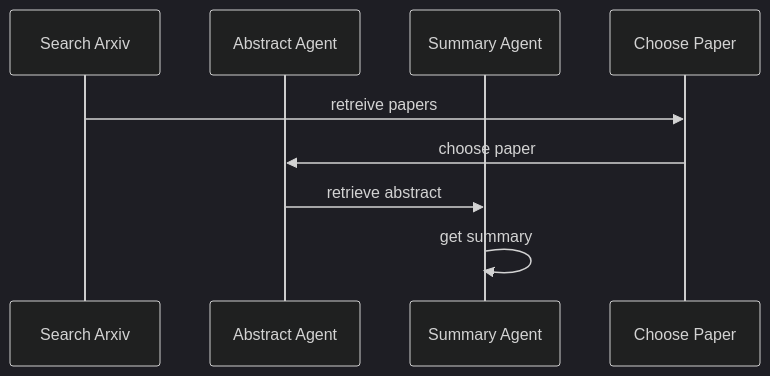
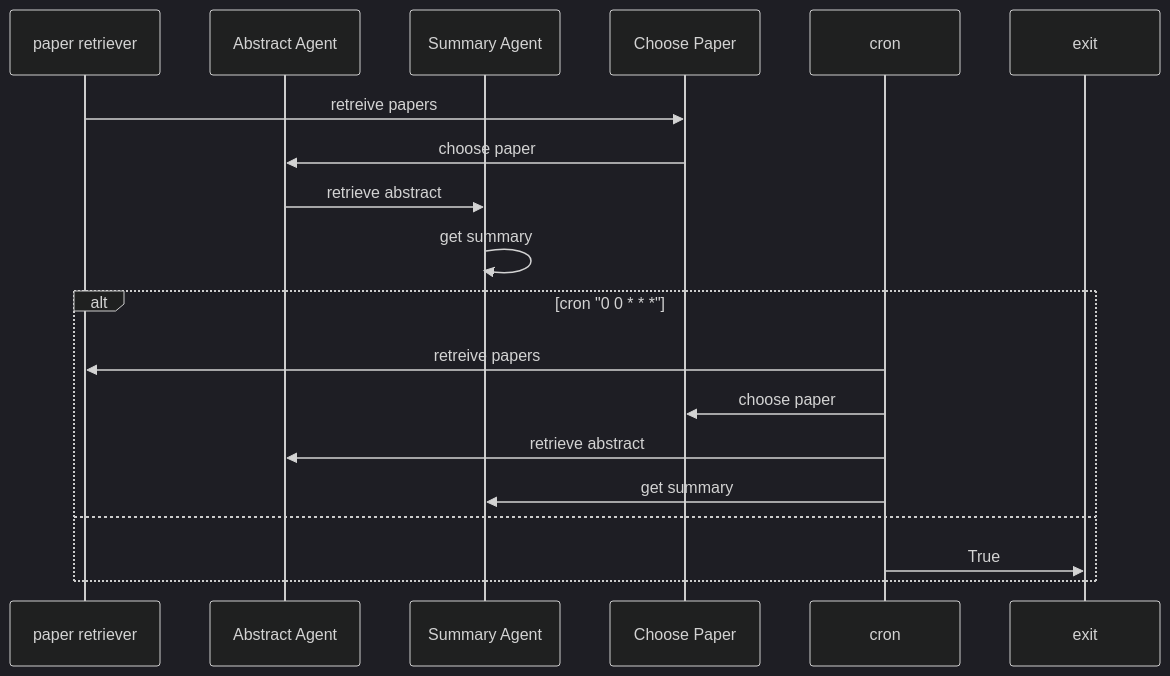
Before and after one commit to maximilien/maestro: the diagram in maestro/demos/workflows/summary.ai/README.md, drawn with Mermaid (dark theme). The commit also changed 3 other files, not shown here.

````diff
--- a/maestro/demos/workflows/summary.ai/README.md
+++ b/maestro/demos/workflows/summary.ai/README.md
@@ -8,11 +8,19 @@
 ```mermaid
 sequenceDiagram
-participant Search Arxiv
+participant paper retriever
 participant Abstract Agent
 participant Summary Agent
 participant Choose Paper
-Search Arxiv->>Choose Paper: retreive papers
+paper retriever->>Choose Paper: retreive papers
 Choose Paper->>Abstract Agent: choose paper
 Abstract Agent->>Summary Agent: retrieve abstract
 Summary Agent->>Summary Agent: get summary
+alt cron "0 0 * * *"
+  cron->>paper retriever: retreive papers
+  cron->>Choose Paper: choose paper
+  cron->>Abstract Agent: retrieve abstract
+  cron->>Summary Agent: get summary
+else
+  cron->>exit: True
+end
 ```
````
